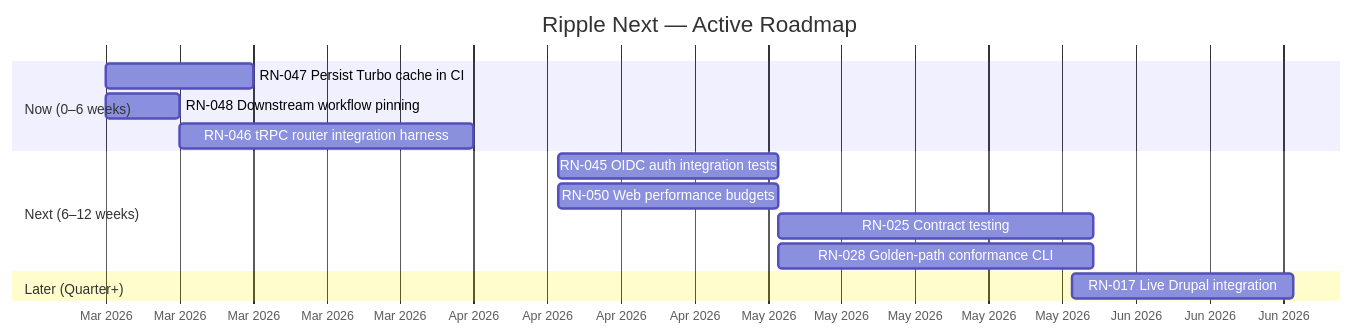
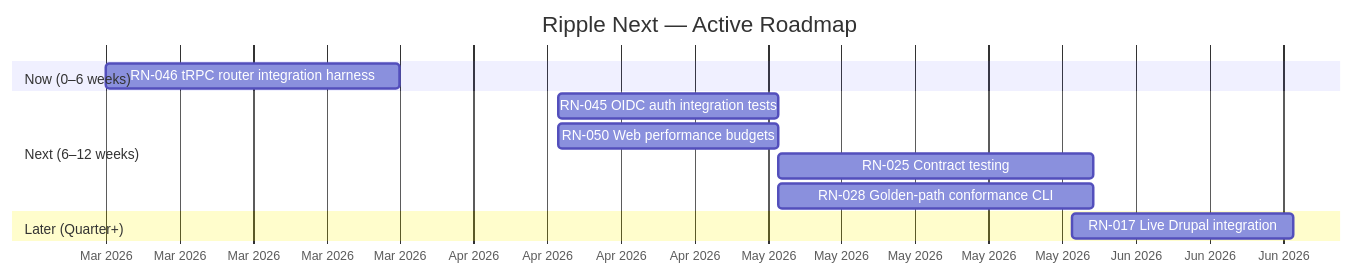
Before and after one commit to jbejenar/ripple-next: the diagram in docs/product-roadmap/README.md, drawn with Mermaid. The commit also changed other lines of this file and 8 other files, not shown here.

First line of the commit message:
feat(ci): persist Turbo cache in CI and pin downstream workflow refs (RN-047, RN-048)

````diff
--- a/docs/product-roadmap/README.md
+++ b/docs/product-roadmap/README.md
@@ -16,20 +16,18 @@
 ```mermaid
 gantt
     title Ripple Next — Active Roadmap
     dateFormat YYYY-MM-DD
     axisFormat %b %Y
 
     section Now (0–6 weeks)
-    RN-047 Persist Turbo cache in CI       :rn047, 2026-03-01, 14d
-    RN-048 Downstream workflow pinning      :rn048, 2026-03-01, 7d
-    RN-046 tRPC router integration harness  :rn046, 2026-03-08, 28d
+    RN-046 tRPC router integration harness  :rn046, 2026-03-01, 28d
 
     section Next (6–12 weeks)
     RN-045 OIDC auth integration tests      :rn045, 2026-04-13, 21d
     RN-050 Web performance budgets          :rn050, 2026-04-13, 21d
     RN-025 Contract testing                 :rn025, 2026-05-04, 30d
     RN-028 Golden-path conformance CLI      :rn028, 2026-05-04, 30d
 
     section Later (Quarter+)
     RN-017 Live Drupal integration          :rn017, 2026-06-01, 21d
 ```
````
